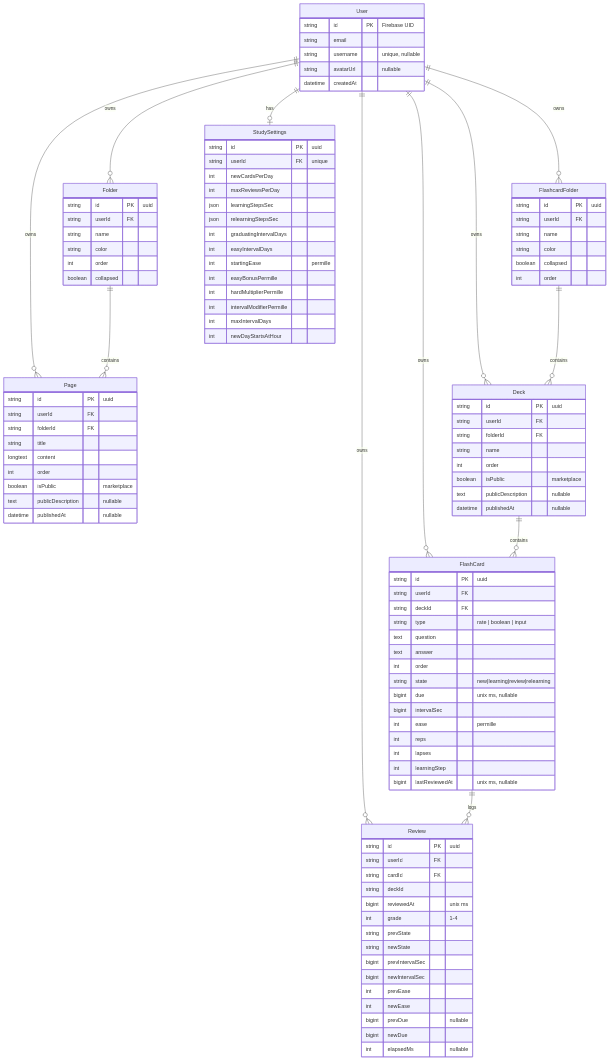
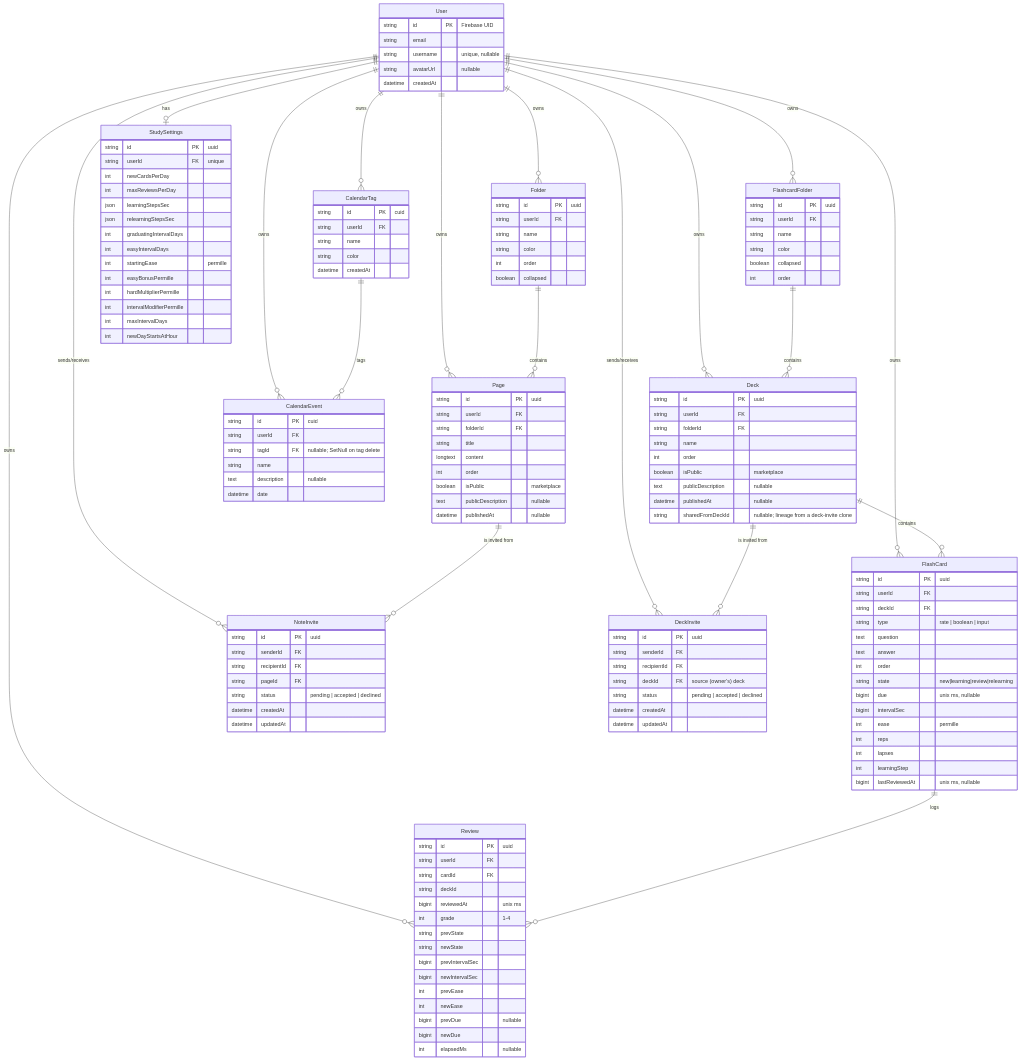
Before and after one commit to verclukacode/FERINoteDeck: the first of 3 diagrams in backend/docs/SETUP.md, drawn with Mermaid. The commit also changed other lines of this file and 7 other files, not shown here.

````diff
--- a/backend/docs/SETUP.md
+++ b/backend/docs/SETUP.md
@@ -139,10 +139,17 @@
     User ||--o{ FlashCard : owns
     User ||--o{ Review : owns
     User ||--o| StudySettings : has
+    User ||--o{ NoteInvite : "sends/receives"
+    User ||--o{ DeckInvite : "sends/receives"
+    User ||--o{ CalendarTag : owns
+    User ||--o{ CalendarEvent : owns
     Folder ||--o{ Page : contains
     FlashcardFolder ||--o{ Deck : contains
     Deck ||--o{ FlashCard : contains
+    Deck ||--o{ DeckInvite : "is invited from"
+    Page ||--o{ NoteInvite : "is invited from"
     FlashCard ||--o{ Review : logs
+    CalendarTag ||--o{ CalendarEvent : "tags"
 
     User {
         string id PK "Firebase UID"
@@ -187,6 +194,7 @@
         boolean isPublic "marketplace"
         text publicDescription "nullable"
         datetime publishedAt "nullable"
+        string sharedFromDeckId "nullable; lineage from a deck-invite clone"
     }
     FlashCard {
         string id PK "uuid"
@@ -238,4 +246,37 @@
         int maxIntervalDays
         int newDayStartsAtHour
     }
+    NoteInvite {
+        string id PK "uuid"
+        string senderId FK
+        string recipientId FK
+        string pageId FK
+        string status "pending | accepted | declined"
+        datetime createdAt
+        datetime updatedAt
+    }
+    DeckInvite {
+        string id PK "uuid"
+        string senderId FK
+        string recipientId FK
+        string deckId FK "source (owner's) deck"
+        string status "pending | accepted | declined"
+        datetime createdAt
+        datetime updatedAt
+    }
+    CalendarTag {
+        string id PK "cuid"
+        string userId FK
+        string name
+        string color
+        datetime createdAt
+    }
+    CalendarEvent {
+        string id PK "cuid"
+        string userId FK
+        string tagId FK "nullable; SetNull on tag delete"
+        string name
+        text description "nullable"
+        datetime date
+    }
 ```
````
